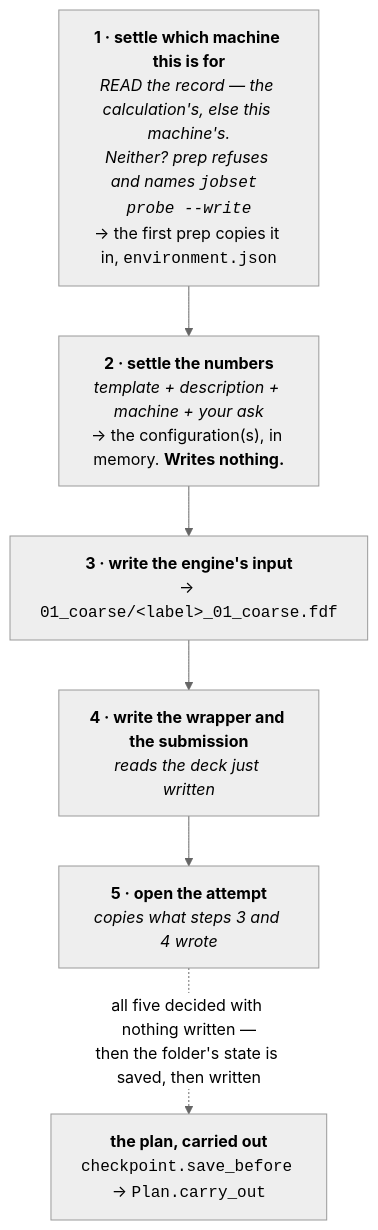
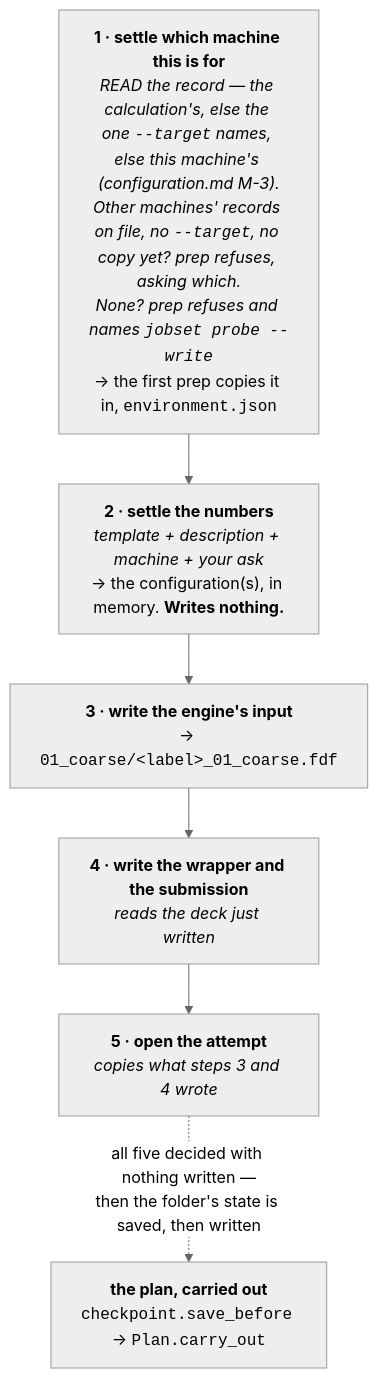
One commit to Qing-LAB/molbuilder changed the third of 4 diagrams in docs/workflow.md. Above: the diagram before and after it, drawn with Mermaid (neutral theme). The commit also changed other lines of this file and 59 other files, not shown here.

First line of the commit message:
2.77.2: the chapters agree with the code, and with each other

````diff
--- a/docs/workflow.md
+++ b/docs/workflow.md
@@ -280,10 +280,10 @@
 ```mermaid
 flowchart TB
-    S1["<b>1 · settle which machine this is for</b><br/><i>READ the record — the calculation's, else this machine's.<br/>Neither? prep refuses and names <code>jobset probe --write</code></i><br/>→ the first prep copies it in, <code>environment.json</code>"]
+    S1["<b>1 · settle which machine this is for</b><br/><i>READ the record — the calculation's, else the one <code>--target</code> names, else this machine's (configuration.md M-3).<br/>Other machines' records on file, no <code>--target</code>, no copy yet? prep refuses, asking which.<br/>None? prep refuses and names <code>jobset probe --write</code></i><br/>→ the first prep copies it in, <code>environment.json</code>"]
     S2["<b>2 · settle the numbers</b><br/><i>template + description + machine + your ask</i><br/>→ the configuration(s), in memory. <b>Writes nothing.</b>"]
     S3["<b>3 · write the engine's input</b><br/>→ <code>01_coarse/&lt;label&gt;_01_coarse.fdf</code>"]
     S4["<b>4 · write the wrapper and the submission</b><br/><i>reads the deck just written</i>"]
     S5["<b>5 · open the attempt</b><br/><i>copies what steps 3 and 4 wrote</i>"]
     S1 --> S2 --> S3 --> S4 --> S5
     S5 -.->|"all five decided with nothing written —<br/>then the folder's state is saved, then written"| W["<b>the plan, carried out</b><br/><code>checkpoint.save_before</code> → <code>Plan.carry_out</code>"]
 ```
````
